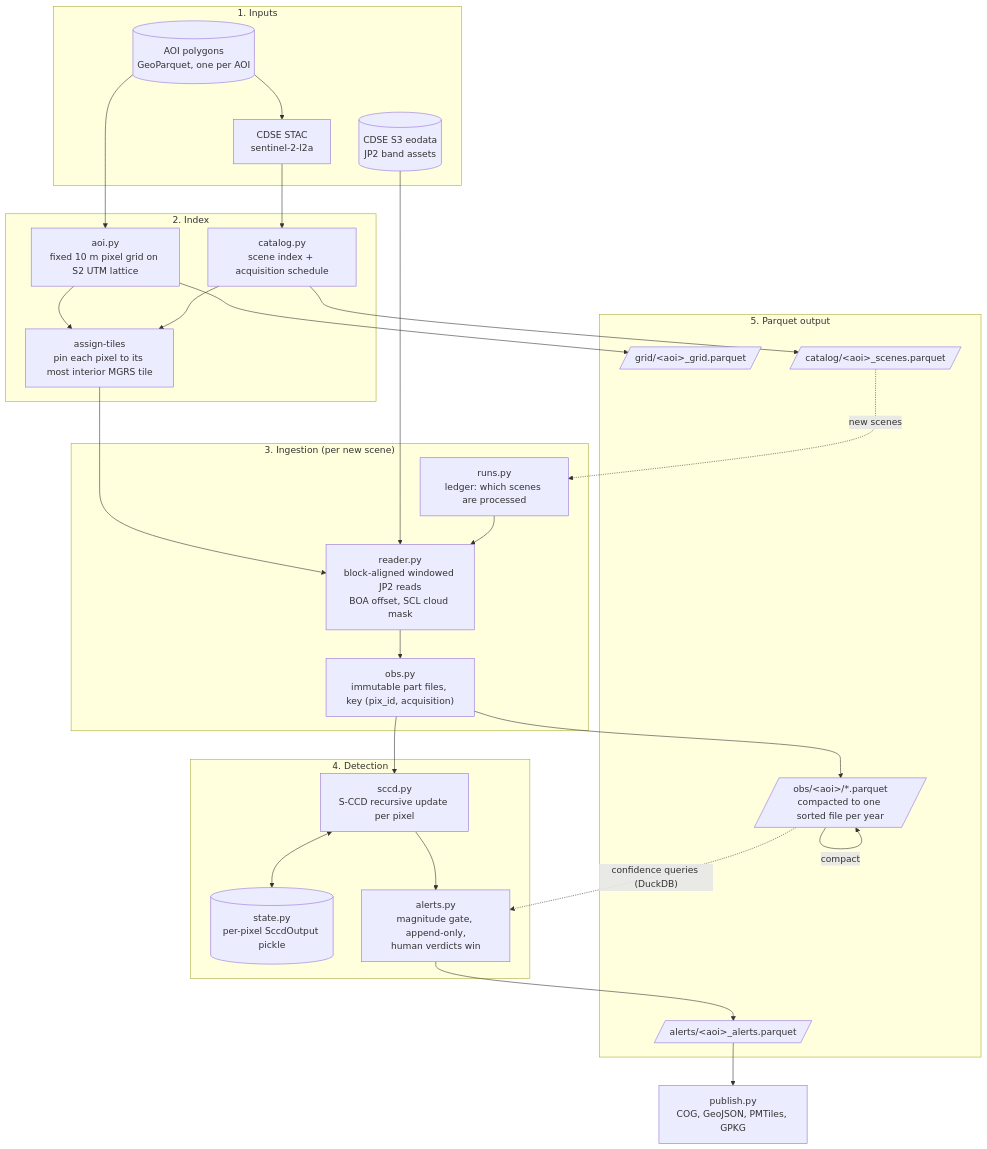
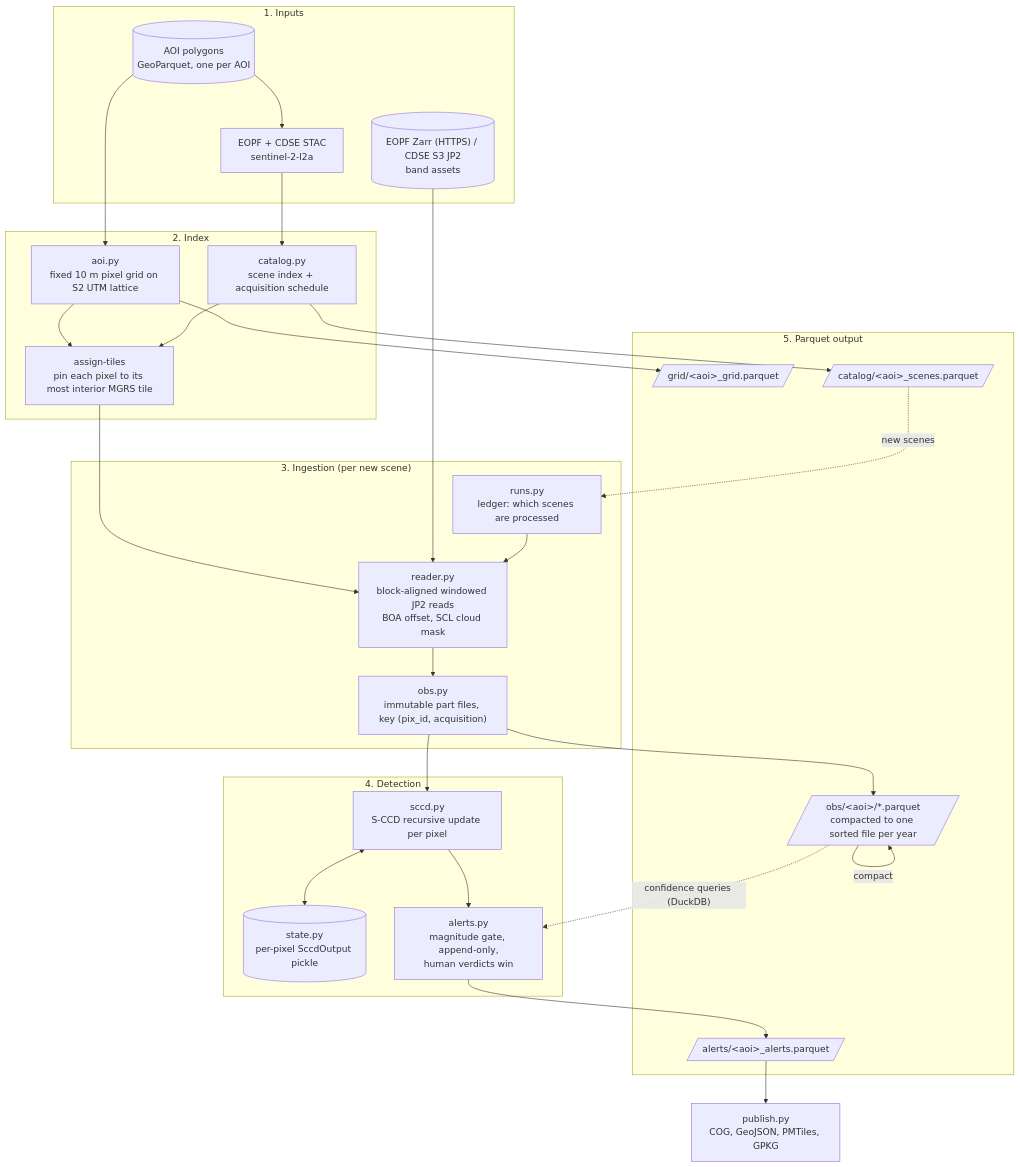
Before and after one commit to NINAnor/effektovervaking_forests: the first of 2 diagrams in docs/architecture.md, drawn with Mermaid. The commit also changed other lines of this file and 10 other files, not shown here.

First line of the commit message:
Read ongoing Sentinel-2 scenes from EOPF Zarr without credentials

````diff
--- a/docs/architecture.md
+++ b/docs/architecture.md
@@ -7,52 +7,52 @@
 ```mermaid
 flowchart TD
     subgraph IN["1. Inputs"]
         AOI[("AOI polygons<br/>GeoParquet, one per AOI")]
-        STAC["CDSE STAC<br/>sentinel-2-l2a"]
-        S3[("CDSE S3 eodata<br/>JP2 band assets")]
+        STAC["EOPF + CDSE STAC<br/>sentinel-2-l2a"]
+        S3[("EOPF Zarr (HTTPS) / CDSE S3 JP2<br/>band assets")]
     end
 
     subgraph IDX["2. Index"]
         GRID["aoi.py<br/>fixed 10 m pixel grid on S2 UTM lattice"]
         CAT["catalog.py<br/>scene index + acquisition schedule"]
         TILE["assign-tiles<br/>pin each pixel to its most interior MGRS tile"]
     end
 
     subgraph ING["3. Ingestion (per new scene)"]
         LEDGER["runs.py<br/>ledger: which scenes are processed"]
         READ["reader.py<br/>block-aligned windowed JP2 reads<br/>BOA offset, SCL cloud mask"]
         OBS["obs.py<br/>immutable part files, key (pix_id, acquisition)"]
     end
 
     subgraph MODEL["4. Detection"]
         SCCD["sccd.py<br/>S-CCD recursive update per pixel"]
         STATE[("state.py<br/>per-pixel SccdOutput pickle")]
         ALERT["alerts.py<br/>magnitude gate, append-only,<br/>human verdicts win"]
     end
 
     subgraph OUT["5. Parquet output"]
         P_GRID[/"grid/&lt;aoi&gt;_grid.parquet"/]
         P_CAT[/"catalog/&lt;aoi&gt;_scenes.parquet"/]
         P_OBS[/"obs/&lt;aoi&gt;/*.parquet<br/>compacted to one sorted file per year"/]
         P_ALERT[/"alerts/&lt;aoi&gt;_alerts.parquet"/]
     end
 
     PUB["publish.py<br/>COG, GeoJSON, PMTiles, GPKG"]
 
     AOI --> GRID --> P_GRID
     AOI --> STAC
     STAC --> CAT --> P_CAT
     CAT --> TILE
     GRID --> TILE
     P_CAT -. "new scenes" .-> LEDGER
     LEDGER --> READ
     S3 --> READ
     TILE --> READ
     READ --> OBS --> P_OBS
     P_OBS -- "compact" --> P_OBS
     OBS --> SCCD
     SCCD <--> STATE
     SCCD --> ALERT --> P_ALERT
     P_ALERT --> PUB
     P_OBS -. "confidence queries (DuckDB)" .-> ALERT
 ```
````
